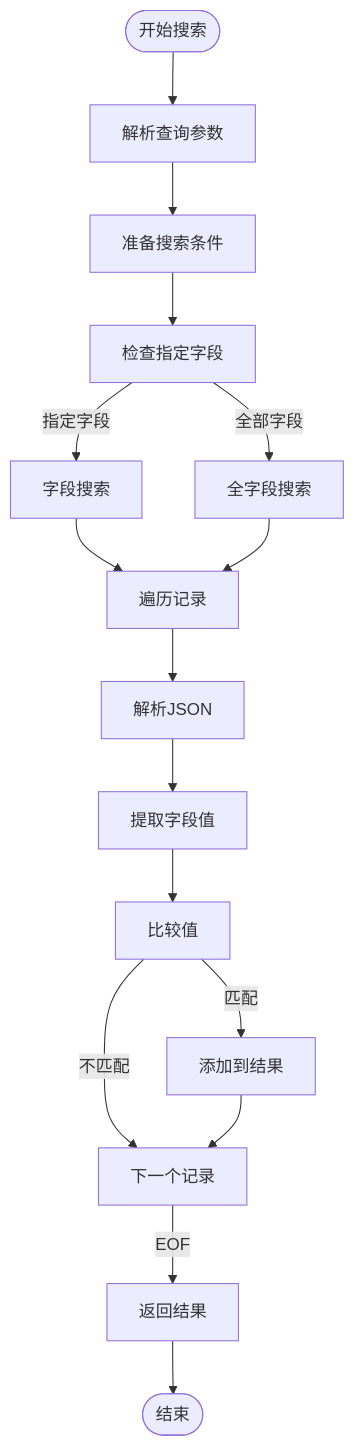
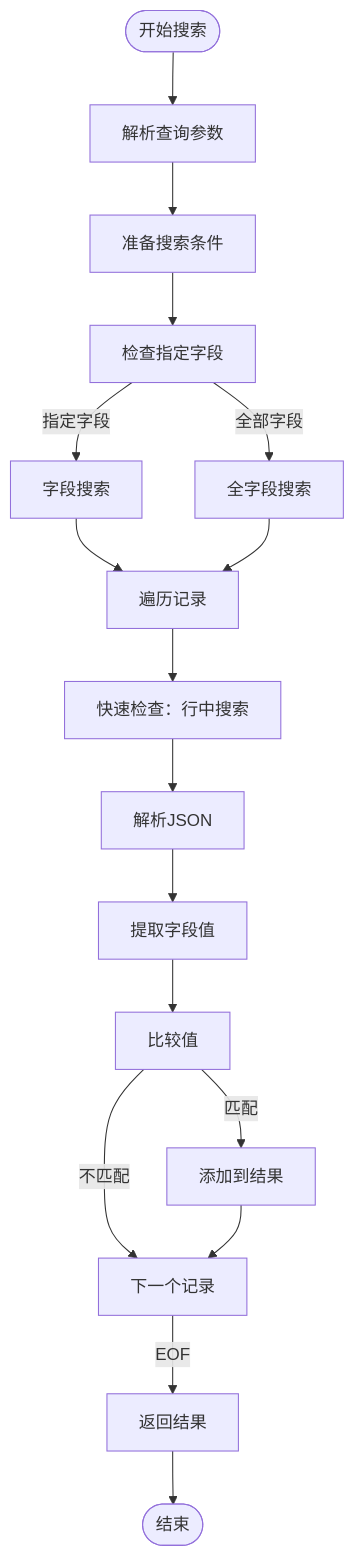
One commit to qq20739111/weilushishe-lishitai changed the eighth of 11 diagrams in .qoder/repowiki/zh/content/数据管理/JSONL数据库系统.md. Above: the diagram before and after it, drawn with Mermaid. The commit also changed other lines of this file and 23 other files, not shown here.

````diff
--- a/.qoder/repowiki/zh/content/数据管理/JSONL数据库系统.md
+++ b/.qoder/repowiki/zh/content/数据管理/JSONL数据库系统.md
@@ -430,18 +415,19 @@
 ```mermaid
 flowchart TD
 Start([开始搜索]) --> ParseQuery["解析查询参数"]
 ParseQuery --> PrepareSearch["准备搜索条件"]
 PrepareSearch --> CheckFields["检查指定字段"]
 CheckFields --> |指定字段| FieldSearch["字段搜索"]
 CheckFields --> |全部字段| AllFields["全字段搜索"]
 FieldSearch --> IterateRecords["遍历记录"]
 AllFields --> IterateRecords
-IterateRecords --> ParseJSON["解析JSON"]
+IterateRecords --> QuickCheck["快速检查：行中搜索"]
+QuickCheck --> ParseJSON["解析JSON"]
 ParseJSON --> ExtractValues["提取字段值"]
 ExtractValues --> CompareValues["比较值"]
 CompareValues --> |匹配| AddResult["添加到结果"]
 CompareValues --> |不匹配| NextRecord["下一个记录"]
 AddResult --> NextRecord
 NextRecord --> |EOF| ReturnResults["返回结果"]
 ReturnResults --> End([结束])
 ```
````
